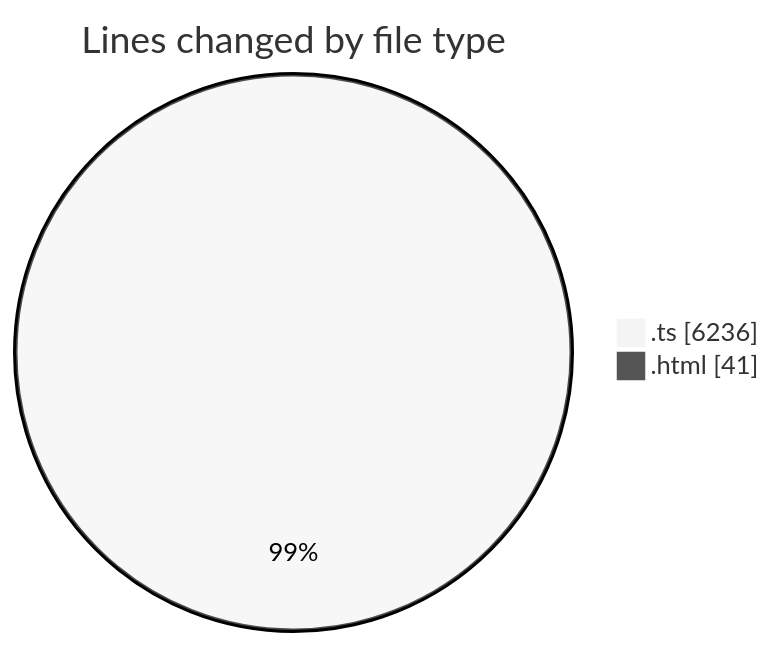
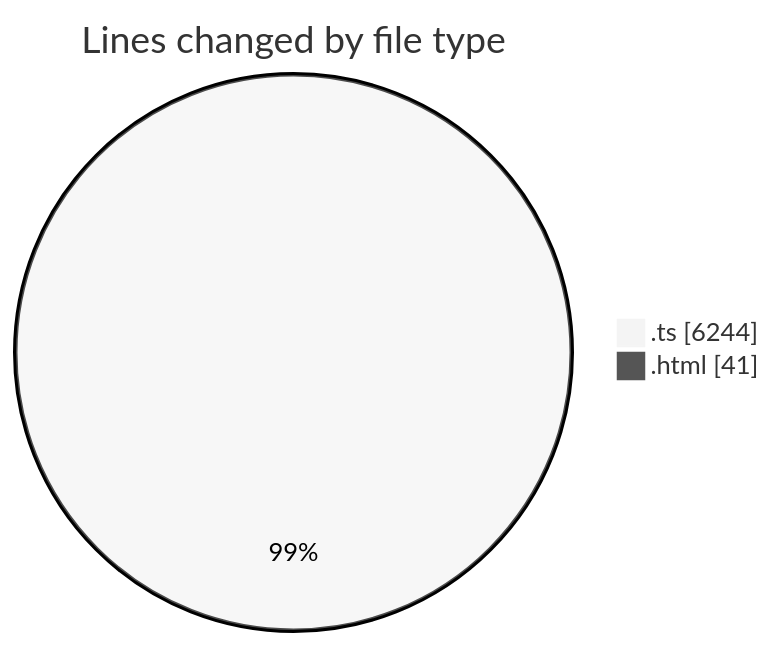
Before and after one commit to tmsrecording-cyber/code-tracking: the first of 2 diagrams in 2026-02-08/singularitybrainai/README.md, drawn with Mermaid (neutral theme). The commit also changed other lines of this file and 1 other file, not shown here.

````diff
--- a/2026-02-08/singularitybrainai/README.md
+++ b/2026-02-08/singularitybrainai/README.md
@@ -29,6 +30,6 @@
 ```mermaid
 pie showData
 title Lines changed by file type
-".ts" : 6236
+".ts" : 6244
 ".html" : 41
 ```
````
